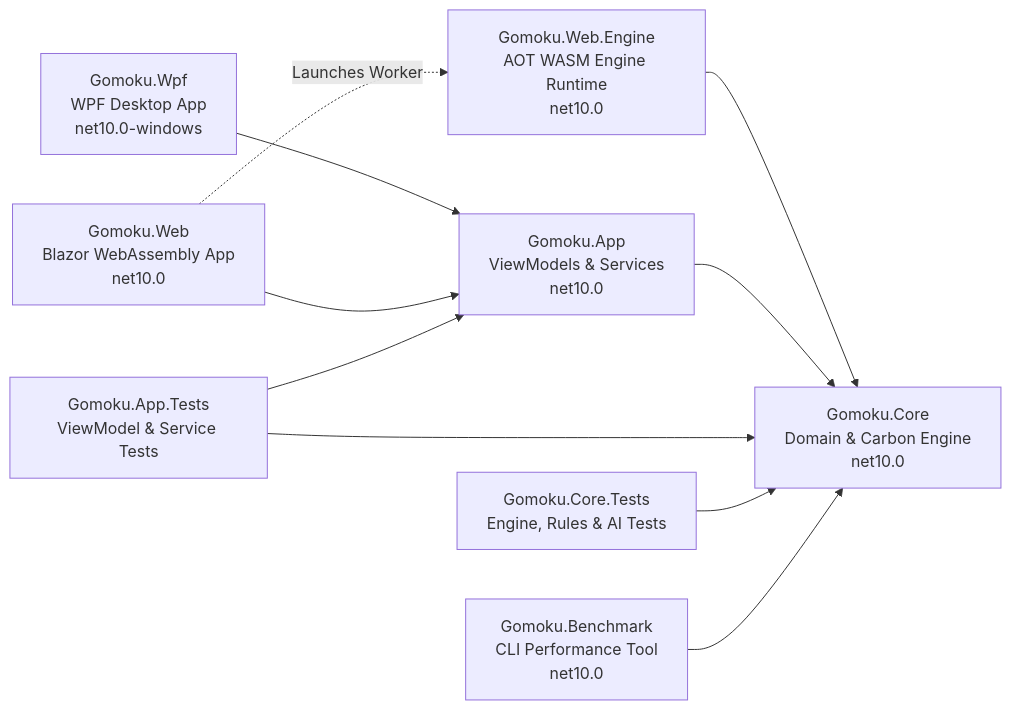
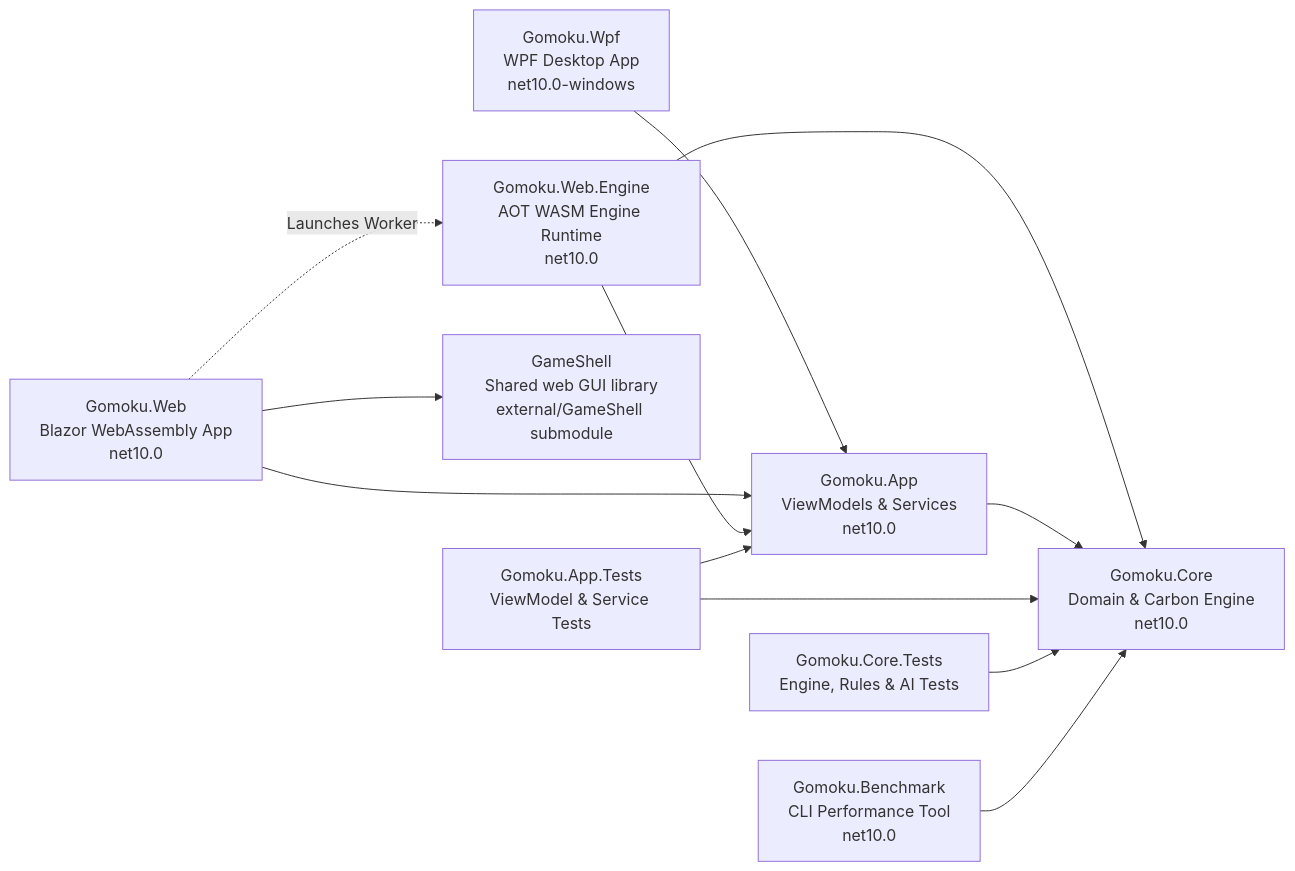
One commit to cjp-dev/Gomoku changed the first of 4 diagrams in docs/brain/01-overview.md. Above: the diagram before and after it, drawn with Mermaid. The commit also changed other lines of this file and 26 other files, not shown here.

First line of the commit message:
Refresh docs for the GameShell GUI and recent fixes

````diff
--- a/docs/brain/01-overview.md
+++ b/docs/brain/01-overview.md
@@ -15,12 +15,14 @@
 ```mermaid
 flowchart LR
     Wpf["Gomoku.Wpf<br/>WPF Desktop App<br/>net10.0-windows"] --> Shared["Gomoku.App<br/>ViewModels &amp; Services<br/>net10.0"]
     Web["Gomoku.Web<br/>Blazor WebAssembly App<br/>net10.0"] --> Shared
     WebEngine["Gomoku.Web.Engine<br/>AOT WASM Engine Runtime<br/>net10.0"] --> Core["Gomoku.Core<br/>Domain &amp; Carbon Engine<br/>net10.0"]
+    WebEngine --> Shared
+    Web --> Shell["GameShell<br/>Shared web GUI library<br/>external/GameShell submodule"]
     Web -.->|"Launches Worker"| WebEngine
     Shared --> Core
     AppTests["Gomoku.App.Tests<br/>ViewModel &amp; Service Tests"] --> Shared
     AppTests --> Core
     CoreTests["Gomoku.Core.Tests<br/>Engine, Rules &amp; AI Tests"] --> Core
     Bench["Gomoku.Benchmark<br/>CLI Performance Tool<br/>net10.0"] --> Core
 ```
````
